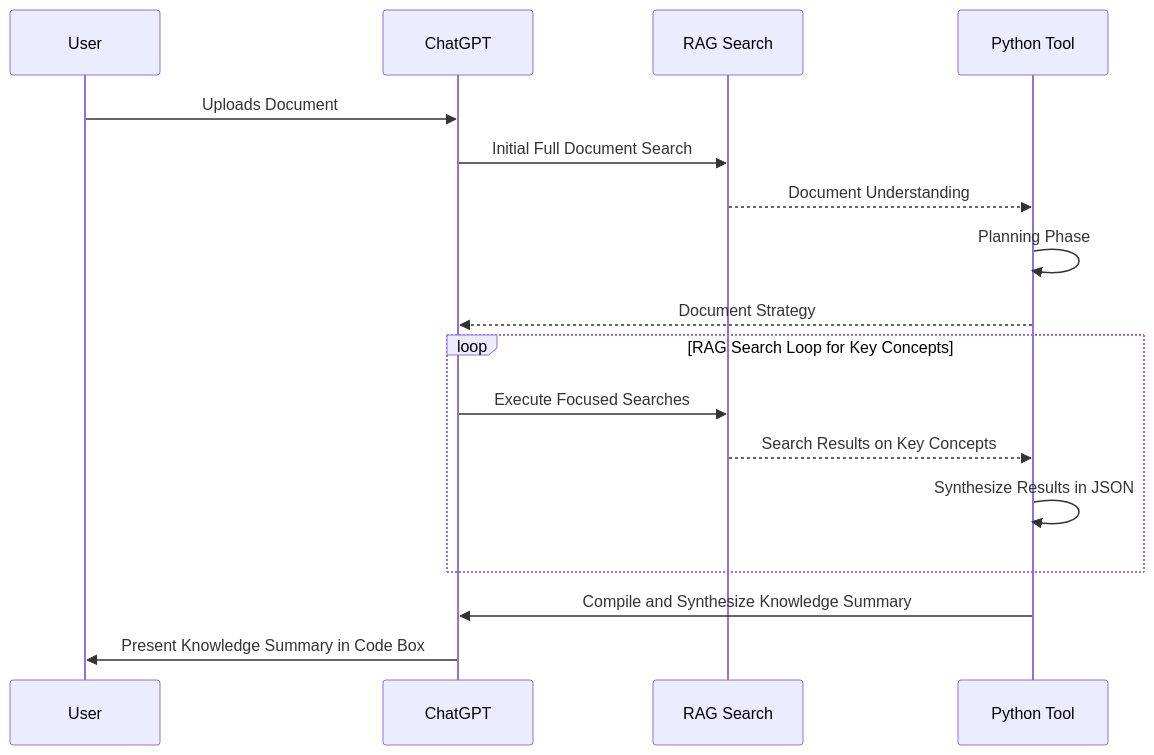
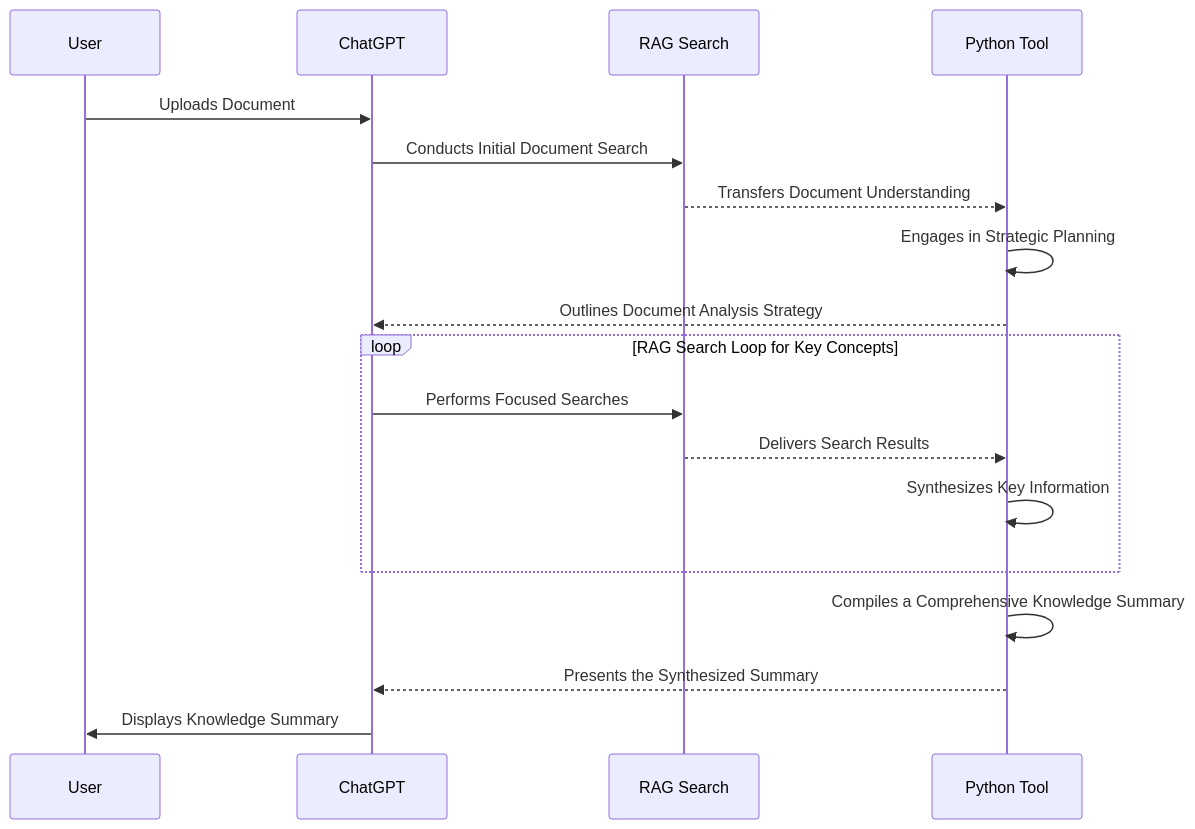
The ninth of 10 diagrams in README.md (nerority/Advanced-GPTs), drawn with Mermaid before and after one commit. The commit also changed other lines of this file, not shown here.

````diff
--- a/README.md
+++ b/README.md
@@ -538,20 +533,21 @@
 ```mermaid
 sequenceDiagram
     participant User
     participant ChatGPT
     participant RAG as RAG Search
     participant PythonTool as Python Tool
 
     User->>ChatGPT: Uploads Document
-    ChatGPT->>RAG: Initial Full Document Search
-    RAG-->>PythonTool: Document Understanding
-    PythonTool->>PythonTool: Planning Phase
-    PythonTool-->>ChatGPT: Document Strategy
+    ChatGPT->>RAG: Conducts Initial Document Search
+    RAG-->>PythonTool: Transfers Document Understanding
+    PythonTool->>PythonTool: Engages in Strategic Planning
+    PythonTool-->>ChatGPT: Outlines Document Analysis Strategy
     loop RAG Search Loop for Key Concepts
-        ChatGPT->>RAG: Execute Focused Searches
-        RAG-->>PythonTool: Search Results on Key Concepts
-        PythonTool->>PythonTool: Synthesize Results in JSON
+        ChatGPT->>RAG: Performs Focused Searches
+        RAG-->>PythonTool: Delivers Search Results
+        PythonTool->>PythonTool: Synthesizes Key Information
     end
-    PythonTool->>ChatGPT: Compile and Synthesize Knowledge Summary
-    ChatGPT->>User: Present Knowledge Summary in Code Box
+    PythonTool->>PythonTool: Compiles a Comprehensive Knowledge Summary
+    PythonTool-->>ChatGPT: Presents the Synthesized Summary
+    ChatGPT->>User: Displays Knowledge Summary
 ```
````
